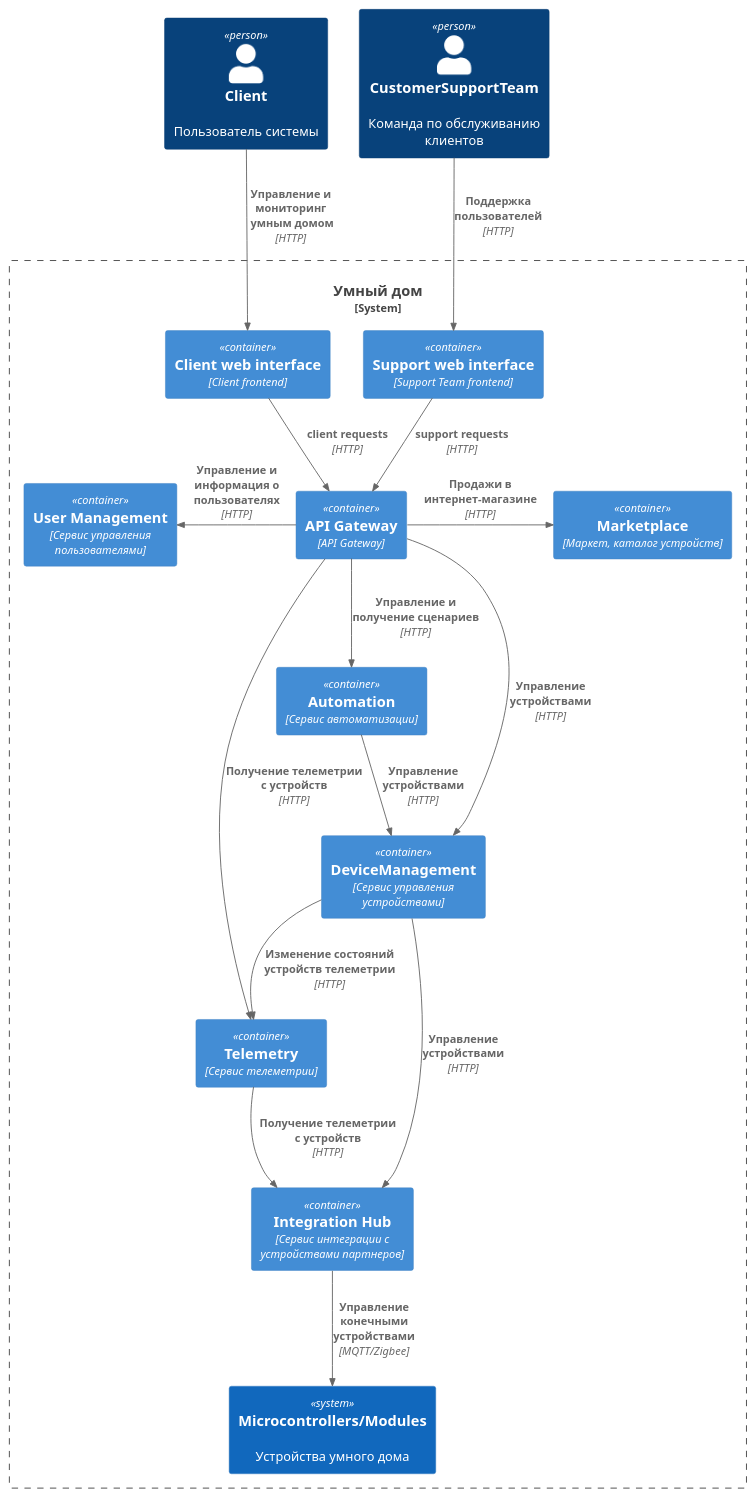
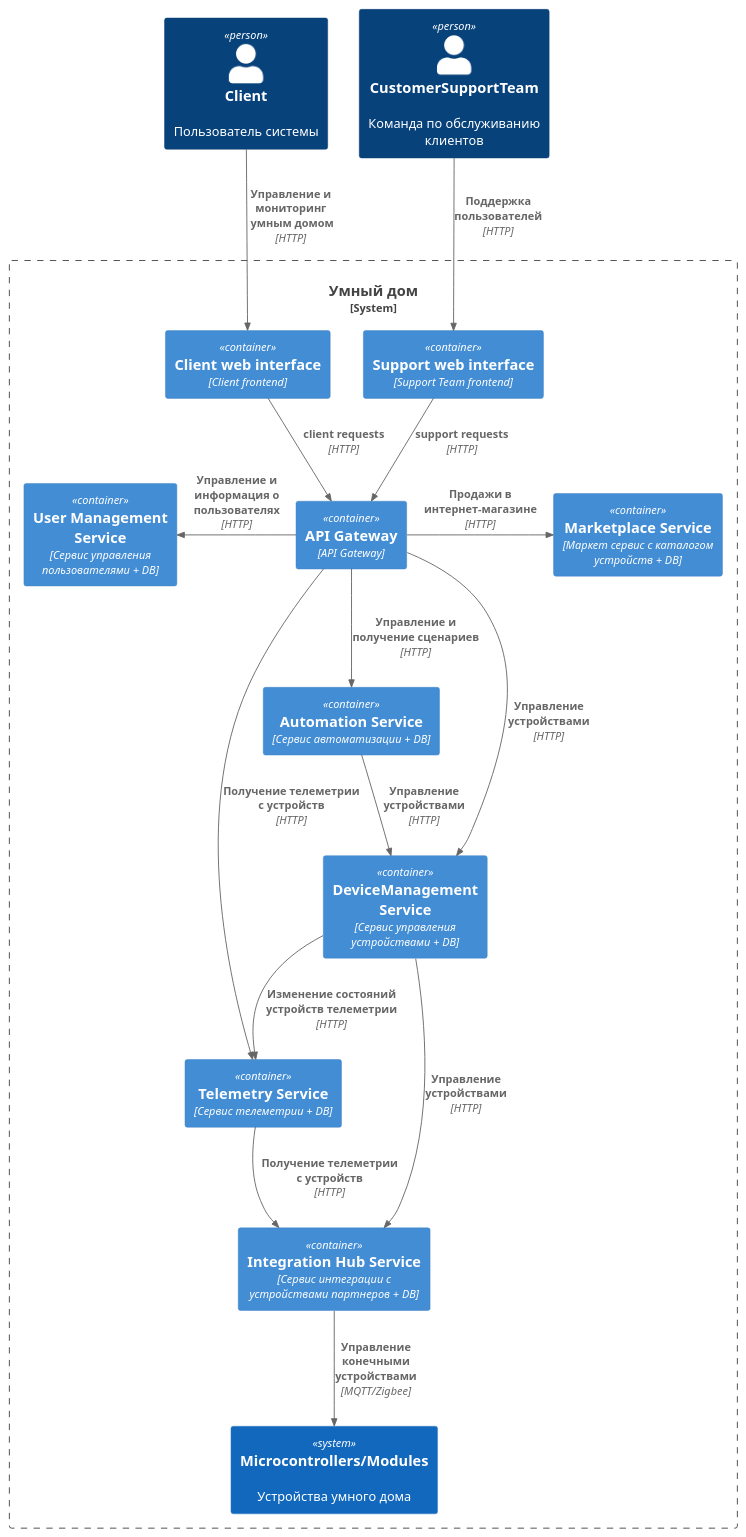
One commit to ayakhont/architecture-warmhouse changed the diagram in docs/containers_C4.puml. Above: the diagram before and after it, drawn with PlantUML. The commit also changed 2 other files, not shown here.

```diff
--- a/docs/containers_C4.puml
+++ b/docs/containers_C4.puml
@@ -1,38 +1,38 @@
 @startuml
 
 !include <C4/C4_Container>
 
 Person(client, "Client", "Пользователь системы")
 Person(customerSupportTeam, "CustomerSupportTeam", "Команда по обслуживанию клиентов")
 System_Boundary(platform, "Умный дом") {
     Container(clientFrontend, "Client web interface", "Client frontend")
     Container(supportFrontend, "Support web interface", "Support Team frontend")
     Container(apiGateway, "API Gateway", "API Gateway")
-    Container(userManagement, "User Management", "Сервис управления пользователями")
-    Container(telemetry, "Telemetry", "Сервис телеметрии")
-    Container(automation, "Automation", "Сервис автоматизации")
-    Container(deviceManagementService, "DeviceManagement", "Сервис управления устройствами")
-    Container(marketplace, "Marketplace", "Маркет, каталог устройств")
-    Container(integrationHub, "Integration Hub", "Сервис интеграции с устройствами партнеров")
+    Container(userManagement, "User Management Service", "Сервис управления пользователями + DB")
+    Container(telemetry, "Telemetry Service", "Сервис телеметрии + DB")
+    Container(automation, "Automation Service", "Сервис автоматизации + DB")
+    Container(deviceManagementService, "DeviceManagement Service", "Сервис управления устройствами + DB")
+    Container(marketplace, "Marketplace Service", "Маркет сервис с каталогом устройств + DB")
+    Container(integrationHub, "Integration Hub Service", "Сервис интеграции с устройствами партнеров + DB")
     System(microcontrollers, "Microcontrollers/Modules", "Устройства умного дома")
 }
 
 Rel(client, clientFrontend, "Управление и мониторинг\n умным домом", "HTTP")
 Rel(customerSupportTeam, supportFrontend, "Поддержка пользователей", "HTTP")
 Rel(clientFrontend, apiGateway, "client requests", "HTTP")
 Rel(supportFrontend, apiGateway, "support requests", "HTTP")
 Rel(apiGateway, deviceManagementService, "Управление устройствами", "HTTP")
 Rel(apiGateway, automation, "Управление и получение сценариев", "HTTP")
 Rel(automation, deviceManagementService, "Управление устройствами", "HTTP")
 Rel_R(apiGateway, marketplace, "Продажи в интернет-магазине", "HTTP")
 Rel_L(apiGateway, userManagement, "Управление и информация о пользователях" ,"HTTP")
 Rel(deviceManagementService, integrationHub, "Управление устройствами", "HTTP")
 Rel(integrationHub, microcontrollers, "Управление конечными устройствами", "MQTT/Zigbee")
 Rel(telemetry, integrationHub, "Получение телеметрии с устройств", "HTTP")
 Rel(deviceManagementService, telemetry, "Изменение состояний устройств телеметрии", "HTTP")
 Rel(apiGateway, telemetry, "Получение телеметрии с устройств", "HTTP")
 
 
 
 
 @enduml
```
